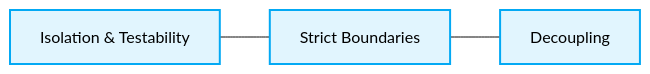
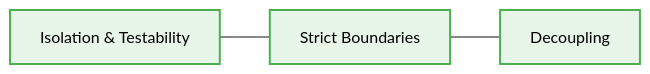
Before and after one commit to beginwebdev2002/best-practise: the first of 2 diagrams in architectures/clean-architecture/readme.md, drawn with Mermaid (base theme). The commit also changed 6 other files, not shown here.

Commit message:
refactor(arch): optimize space-based-architecture for deterministic Agent parsing

````diff
--- a/architectures/clean-architecture/readme.md
+++ b/architectures/clean-architecture/readme.md
@@ -35,8 +35,10 @@
 ```mermaid
 graph LR
     Isolation[Isolation & Testability] --- Boundaries[Strict Boundaries]
     Boundaries --- Decoupling[Decoupling]
 
     classDef default fill:#e1f5fe,stroke:#03a9f4,stroke-width:2px,color:#000;
+    classDef component fill:#e8f5e9,stroke:#4caf50,stroke-width:2px,color:#000;
     class Isolation,Boundaries,Decoupling default;
+    class Decoupling,Boundaries,Isolation component;
 ```
````
